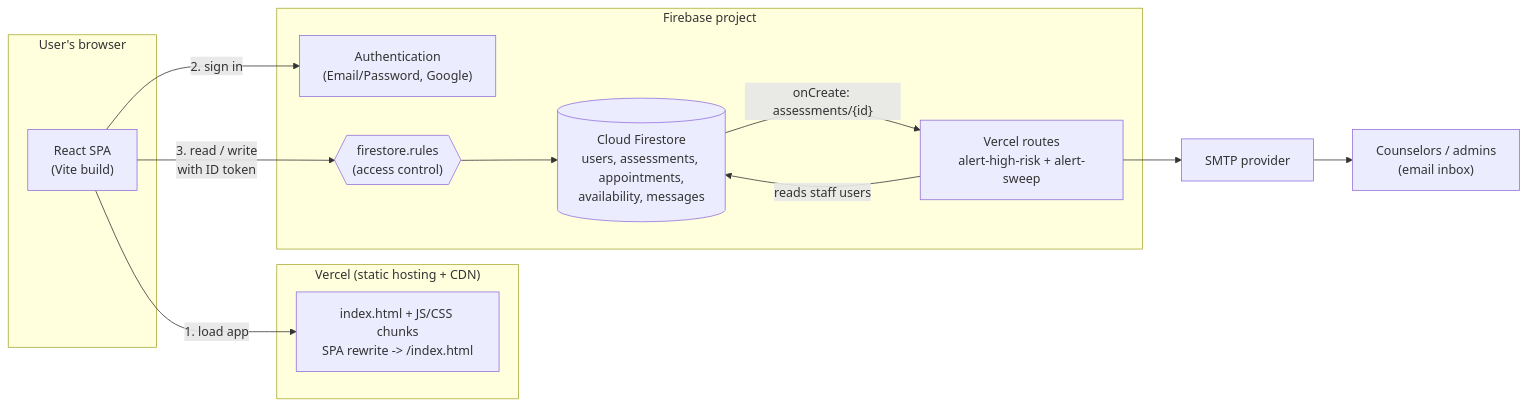
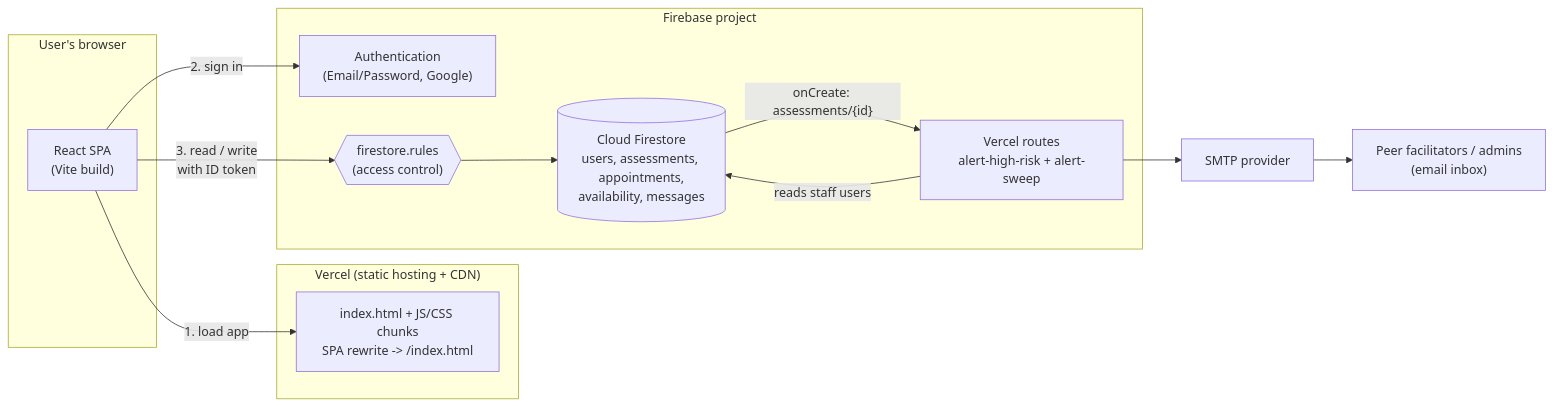
The first of 3 diagrams in docs/ARCHITECTURE.md (IkariShinjiii/Mind-Bridge), drawn with Mermaid before and after one commit. The commit also changed other lines of this file and 71 other files, not shown here.

````diff
--- a/docs/ARCHITECTURE.md
+++ b/docs/ARCHITECTURE.md
@@ -13,28 +15,28 @@
 ```mermaid
 flowchart LR
     subgraph Browser["User's browser"]
         SPA["React SPA<br/>(Vite build)"]
     end
 
     subgraph Vercel["Vercel (static hosting + CDN)"]
         Static["index.html + JS/CSS chunks<br/>SPA rewrite -> /index.html"]
     end
 
     subgraph Firebase["Firebase project"]
         Auth["Authentication<br/>(Email/Password, Google)"]
         Rules{{"firestore.rules<br/>(access control)"}}
         DB[("Cloud Firestore<br/>users, assessments, appointments,<br/>availability, messages")]
         Fn["Vercel routes<br/>alert-high-risk + alert-sweep"]
     end
 
     SMTP["SMTP provider"]
-    Staff["Counselors / admins<br/>(email inbox)"]
+    Staff["Peer facilitators / admins<br/>(email inbox)"]
 
     SPA -- "1. load app" --> Static
     SPA -- "2. sign in" --> Auth
     SPA -- "3. read / write<br/>with ID token" --> Rules
     Rules --> DB
     DB -- "onCreate: assessments/{id}" --> Fn
     Fn -- "reads staff users" --> DB
     Fn --> SMTP --> Staff
 ```
````
